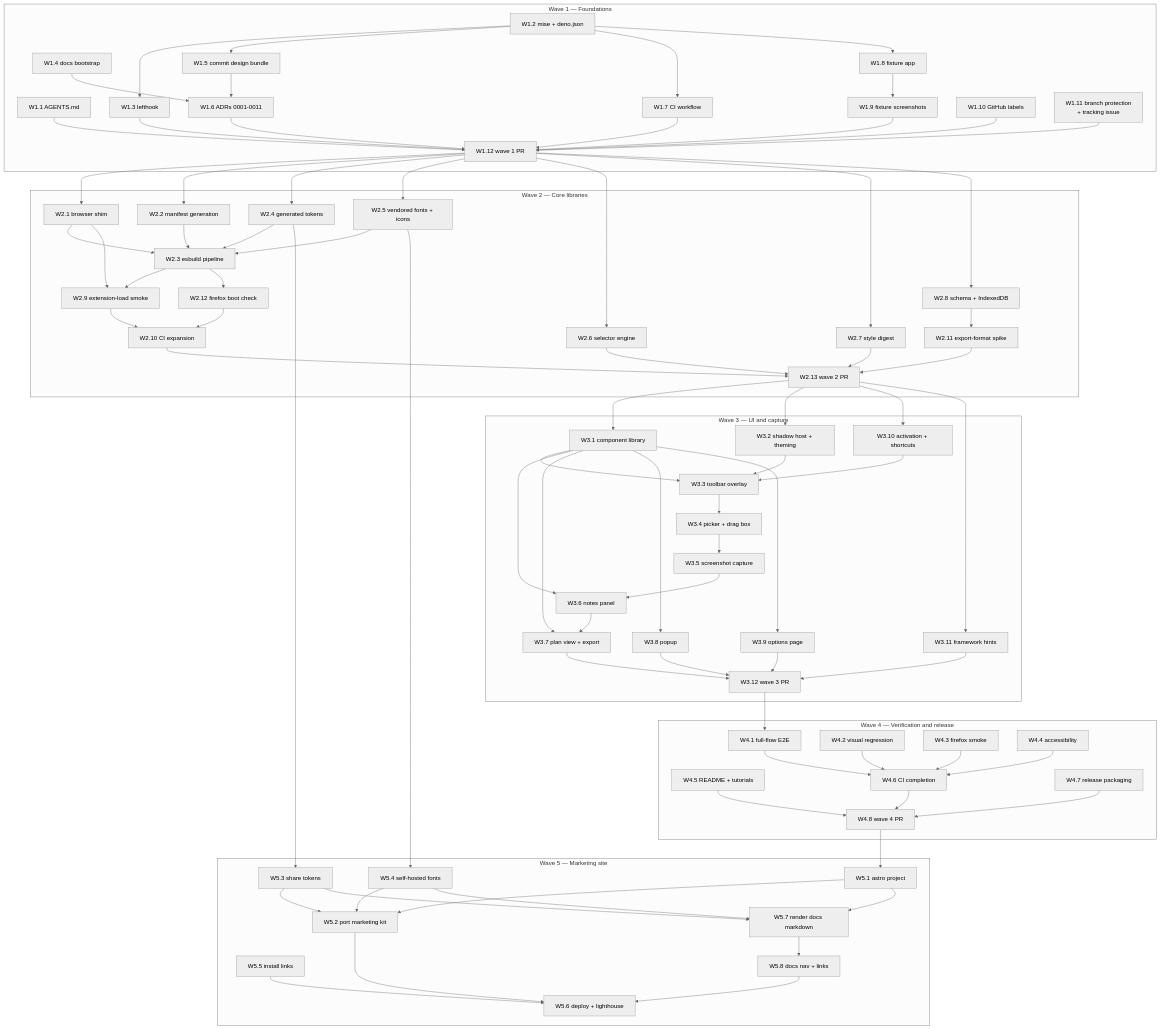
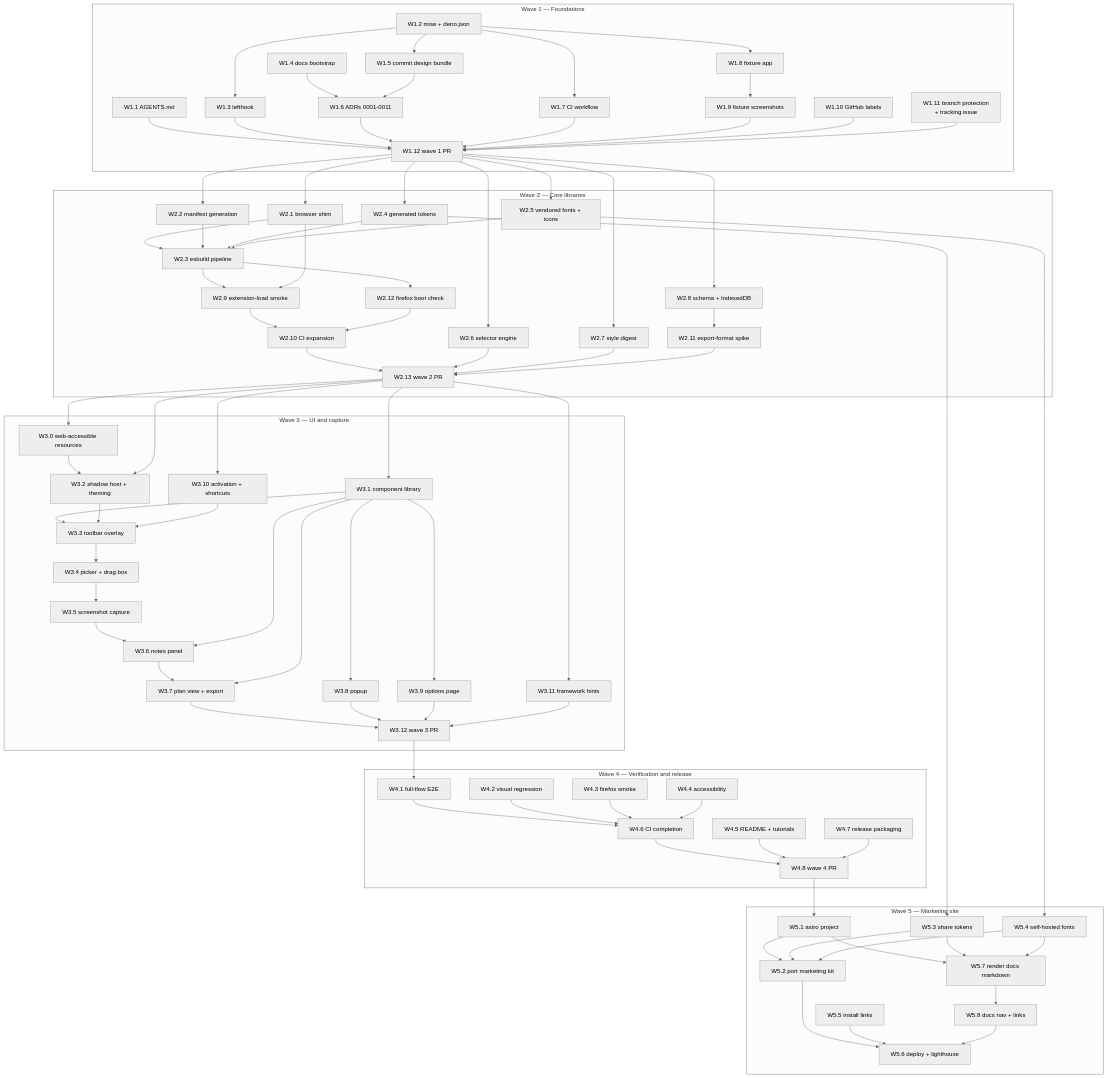
The second of 2 diagrams in docs/plans/README.md (whizzzkid/point-and-shoot), drawn with Mermaid (neutral theme) before and after one commit. The commit also changed other lines of this file and 4 other files, not shown here.

```diff
--- a/docs/plans/README.md
+++ b/docs/plans/README.md
@@ -104,6 +109,7 @@
   end
 
   subgraph WAVE3["Wave 3 — UI and capture"]
+    W30["W3.0 web-accessible resources"]
     W31["W3.1 component library"]
     W32["W3.2 shadow host + theming"]
     W33["W3.3 toolbar overlay"]
@@ -116,6 +122,7 @@
     W310["W3.10 activation + shortcuts"]
     W311["W3.11 framework hints"]
     W312["W3.12 wave 3 PR"]
+    W30 --> W32
     W31 --> W33
     W32 --> W33
     W310 --> W33
@@ -174,6 +181,7 @@
   W112 --> W26
   W112 --> W27
   W112 --> W28
+  W213 --> W30
   W213 --> W31
   W213 --> W32
   W213 --> W310
```
